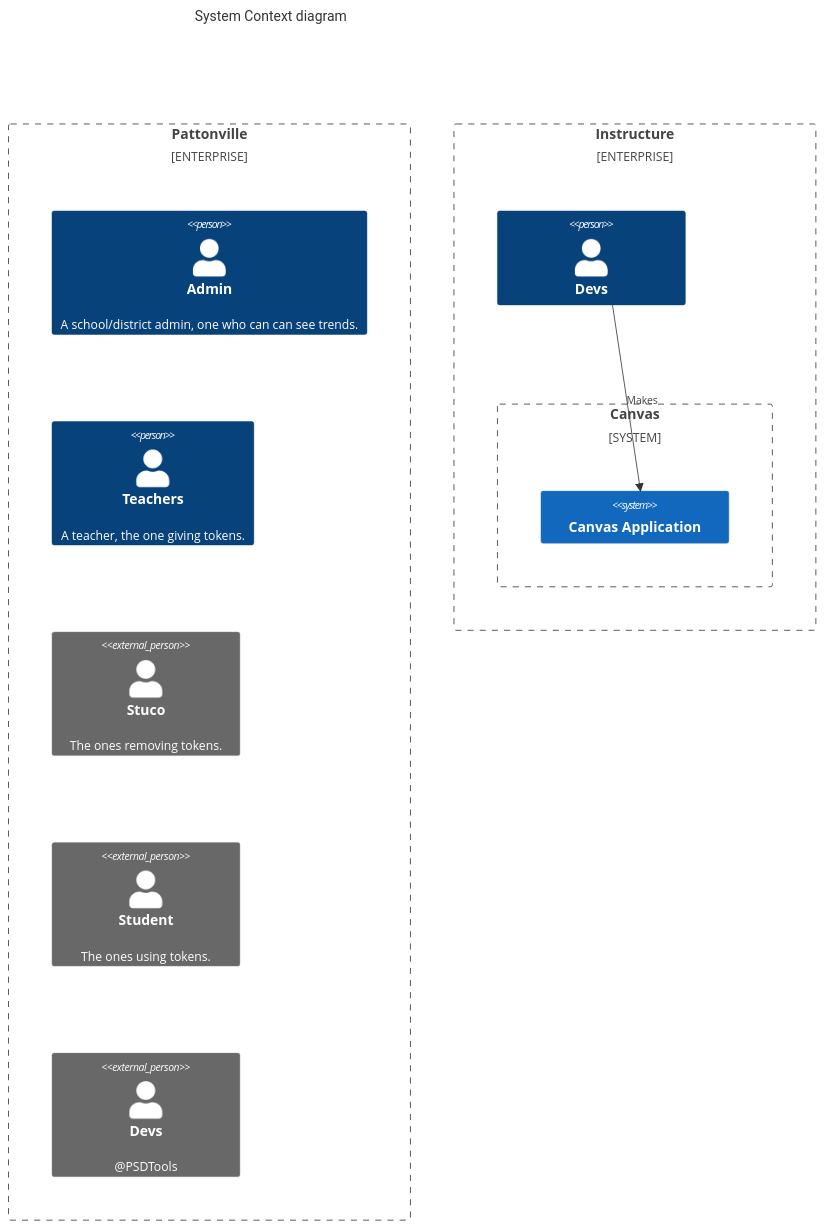
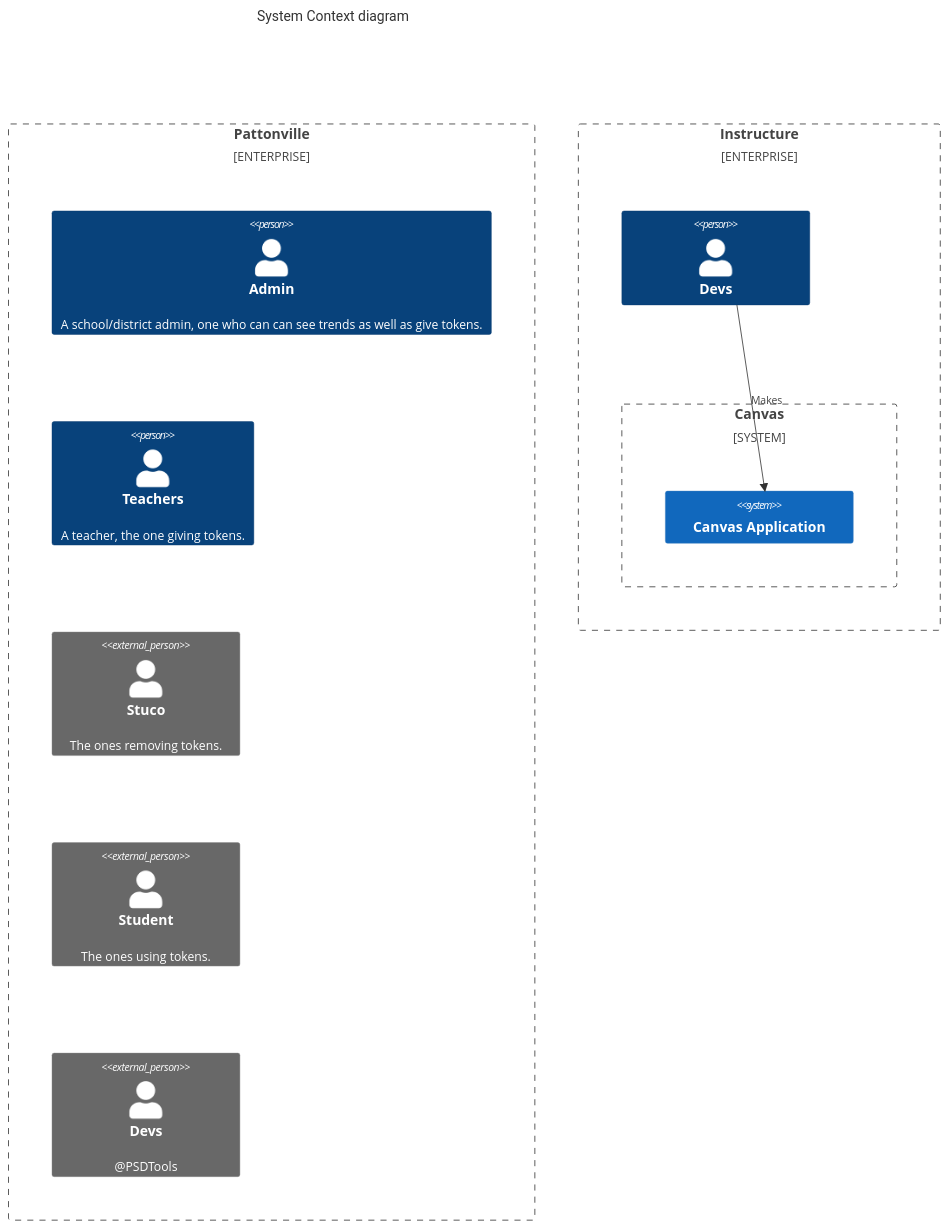
One commit to PSDTools/app changed the diagram in README.md. Above: the diagram before and after it, drawn with Mermaid.

````diff
--- a/README.md
+++ b/README.md
@@ -20,58 +20,58 @@
 ```mermaid
 C4Context
   title System Context diagram
   
   Enterprise_Boundary(b0, "Pattonville") {
-    Person(customerA, "Admin", "A school/district admin, one who can can see trends.")
+    Person(customerA, "Admin", "A school/district admin, one who can can see trends as well as give tokens.")
     Person(customerB, "Teachers", "A teacher, the one giving tokens.")
     Person_Ext(customerC, "Stuco", "The ones removing tokens.")
     Person_Ext(customerD, "Student", "The ones using tokens.")
     Person_Ext(customerE, "Devs", "@PSDTools")
 
 
     %% System(SystemAA, "Internet Banking System", "Allows customers to view information about their bank accounts, and make payments.")
 
     %% Enterprise_Boundary(b1, "BankBoundary") {
 
       %% SystemDb_Ext(SystemE, "Mainframe Banking System", "Stores all of the core banking information about customers, accounts, transactions, etc.")
 
       %% System_Boundary(b2, "BankBoundary2") {
         %% System(SystemA, "Banking System A")
         %% System(SystemB, "Banking System B", "A system of the bank, with personal bank accounts. next line.")
       %% }
 
       %% System_Ext(SystemC, "E-mail system", "The internal Microsoft Exchange e-mail system.")
       %% SystemDb(SystemD, "Banking System D Database", "A system of the bank, with personal bank accounts.")
 
       %% Boundary(b3, "BankBoundary3", "boundary") {
         %% SystemQueue(SystemF, "Banking System F Queue", "A system of the bank.")
         %% SystemQueue_Ext(SystemG, "Banking System G Queue", "A system of the bank, with personal bank accounts.")
       %% }
     %% }
 
   }
   
   
   Enterprise_Boundary(b4, "Instructure") {
     Person(instructure, "Devs")
     
     System_Boundary(b5, "Canvas") {
       System(CanvasApp, "Canvas Application")
     }
   }
 
 
   %% BiRel(customerA, SystemAA, "Uses")
   Rel(instructure, CanvasApp, "Makes")
   %% BiRel(SystemAA, SystemE, "Uses")
   %% Rel(SystemAA, SystemC, "Sends e-mails", "SMTP")
   %% Rel(SystemC, customerA, "Sends e-mails to")
 
   %% UpdateElementStyle(customerA, $fontColor="red", $bgColor="grey", $borderColor="red")
   %% UpdateRelStyle(customerA, SystemAA, $textColor="blue", $lineColor="blue", $offsetX="5")
   %% UpdateRelStyle(SystemAA, SystemE, $textColor="blue", $lineColor="blue", $offsetY="-10")
   %% UpdateRelStyle(SystemAA, SystemC, $textColor="blue", $lineColor="blue", $offsetY="-40", $offsetX="-50")
   %% UpdateRelStyle(SystemC, customerA, $textColor="red", $lineColor="red", $offsetX="-50", $offsetY="20")
 
   %% UpdateLayoutConfig($c4ShapeInRow="3", $c4BoundaryInRow="1")
 ```
````
